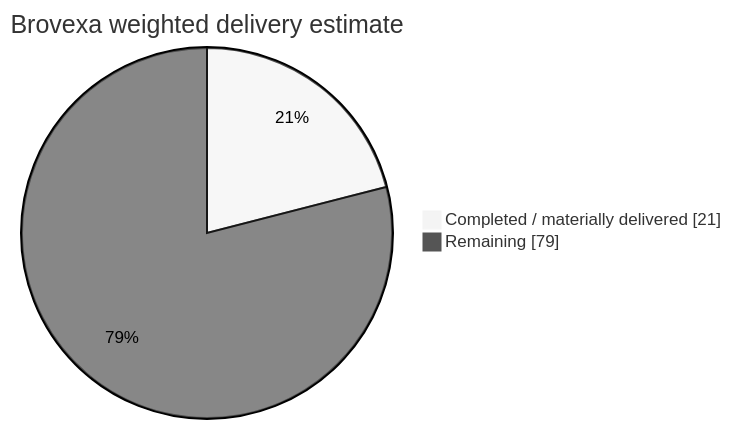
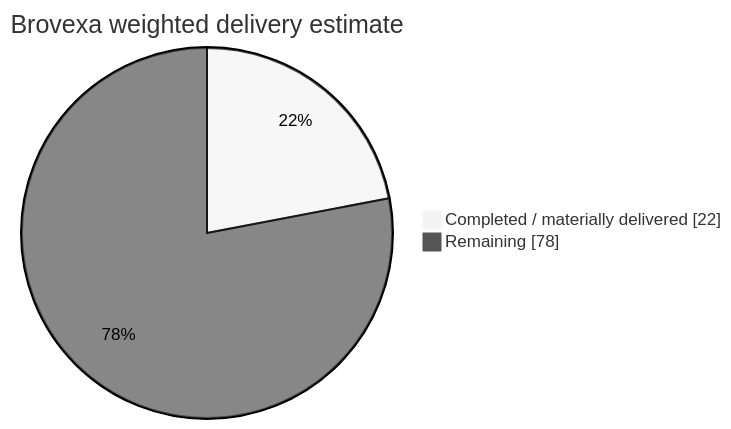
Before and after one commit to Vertex-Systems-Network/brovexa: the diagram in README.md, drawn with Mermaid (neutral theme). The commit also changed other lines of this file, not shown here.

````diff
--- a/README.md
+++ b/README.md
@@ -17,6 +17,6 @@
 ```mermaid
 pie showData
     title Brovexa weighted delivery estimate
-    "Completed / materially delivered" : 21
-    "Remaining" : 79
+    "Completed / materially delivered" : 22
+    "Remaining" : 78
 ```
````
